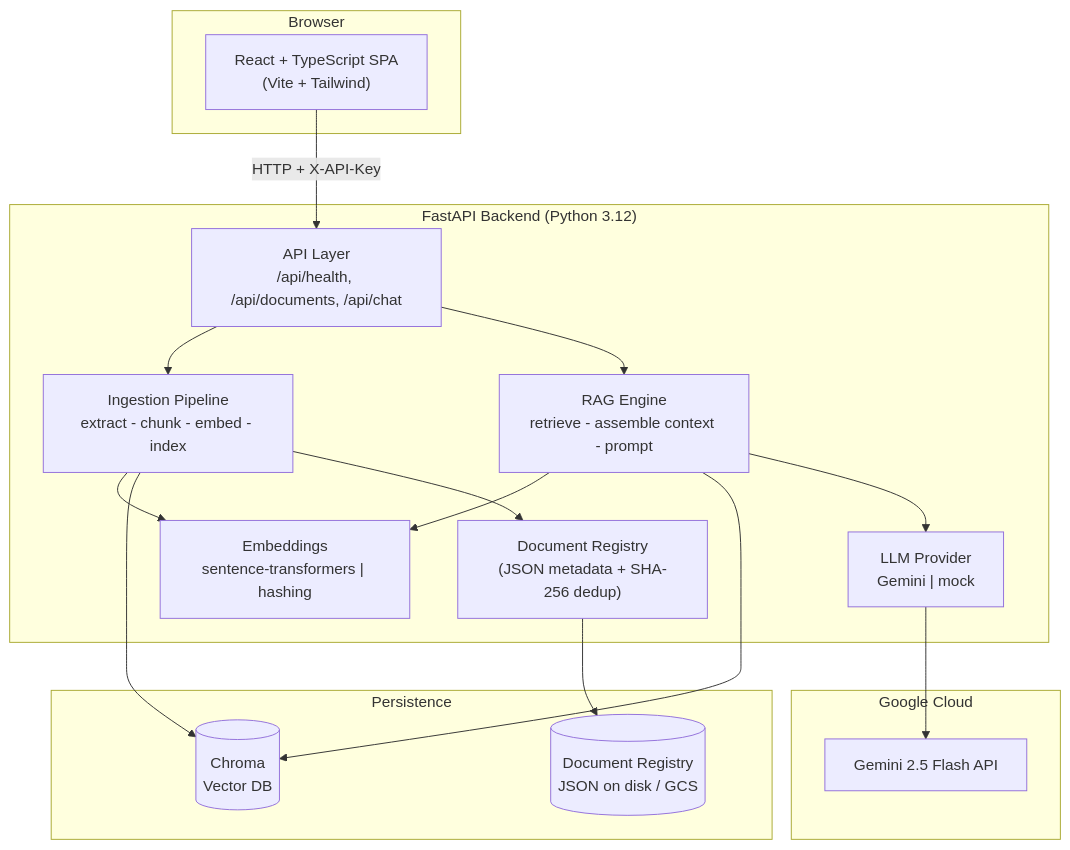
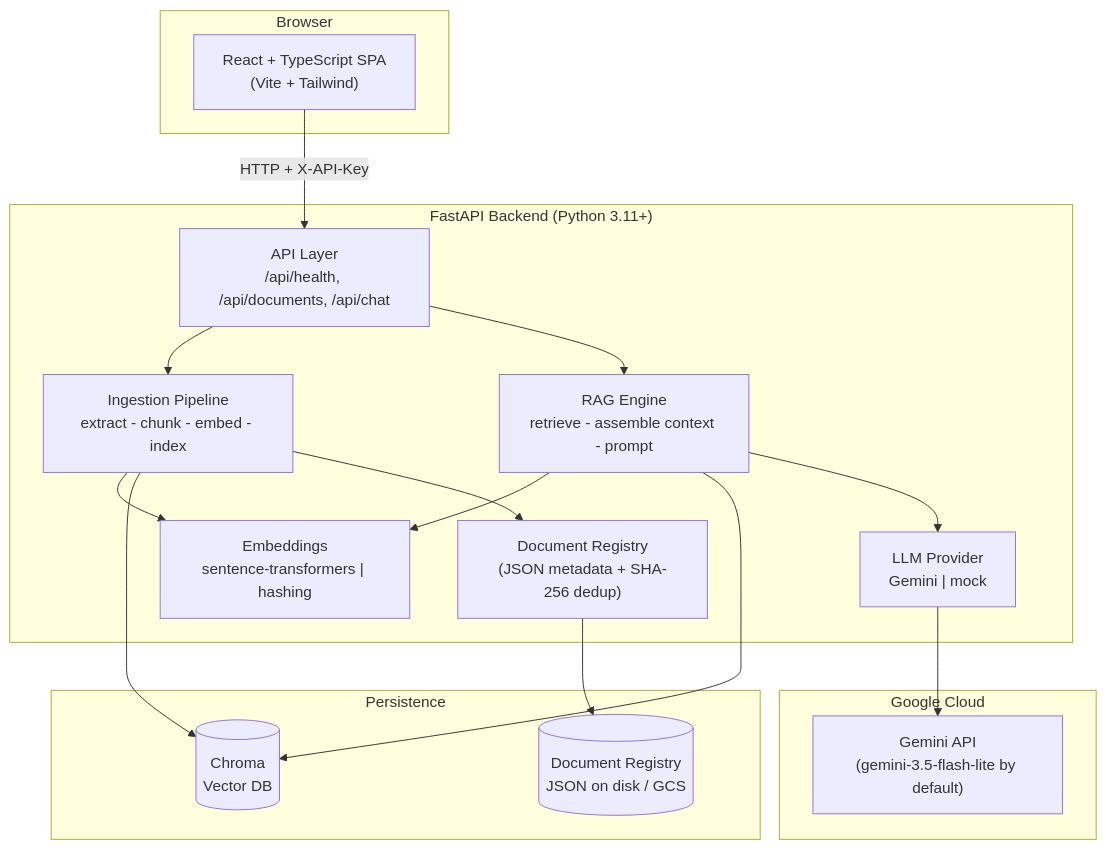
Before and after one commit to annadisandeep/enterprise-ai-knowledge-assistant: the first of 2 diagrams in README.md, drawn with Mermaid. The commit also changed other lines of this file and 7 other files, not shown here.

````diff
--- a/README.md
+++ b/README.md
@@ -40,36 +103,36 @@
 ```mermaid
 flowchart TD
     subgraph Client["Browser"]
         UI["React + TypeScript SPA<br/>(Vite + Tailwind)"]
     end
 
-    subgraph Backend["FastAPI Backend (Python 3.12)"]
+    subgraph Backend["FastAPI Backend (Python 3.11+)"]
         API["API Layer<br/>/api/health, /api/documents, /api/chat"]
         ING["Ingestion Pipeline<br/>extract - chunk - embed - index"]
         RAG["RAG Engine<br/>retrieve - assemble context - prompt"]
         EMB["Embeddings<br/>sentence-transformers | hashing"]
         LLM["LLM Provider<br/>Gemini | mock"]
         REG["Document Registry<br/>(JSON metadata + SHA-256 dedup)"]
     end
 
     subgraph Stores["Persistence"]
         VDB[("Chroma<br/>Vector DB")]
         FS[("Document Registry<br/>JSON on disk / GCS")]
     end
 
     subgraph External["Google Cloud"]
-        GEM["Gemini 2.5 Flash API"]
+        GEM["Gemini API<br/>(gemini-3.5-flash-lite by default)"]
     end
 
     UI -->|"HTTP + X-API-Key"| API
     API --> ING
     API --> RAG
     ING --> EMB
     ING --> VDB
     ING --> REG
     RAG --> EMB
     RAG --> VDB
     RAG --> LLM
     LLM --> GEM
     REG --> FS
 ```
````
